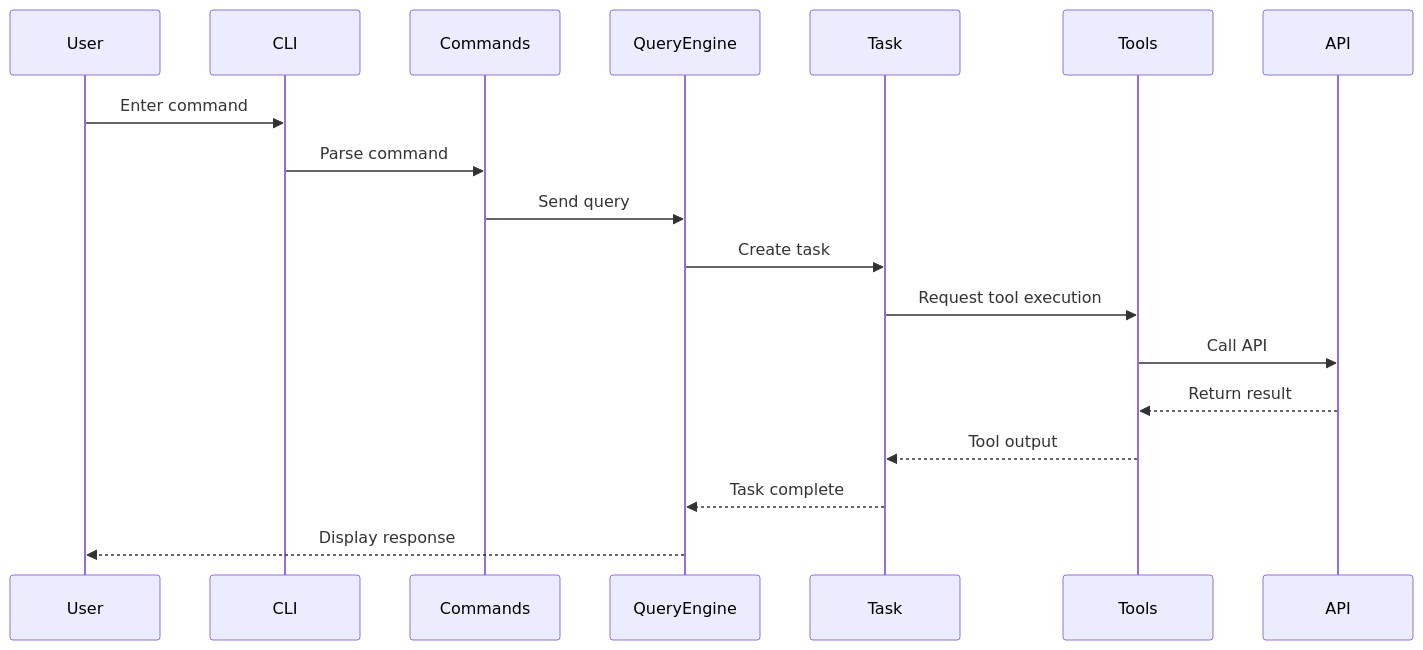
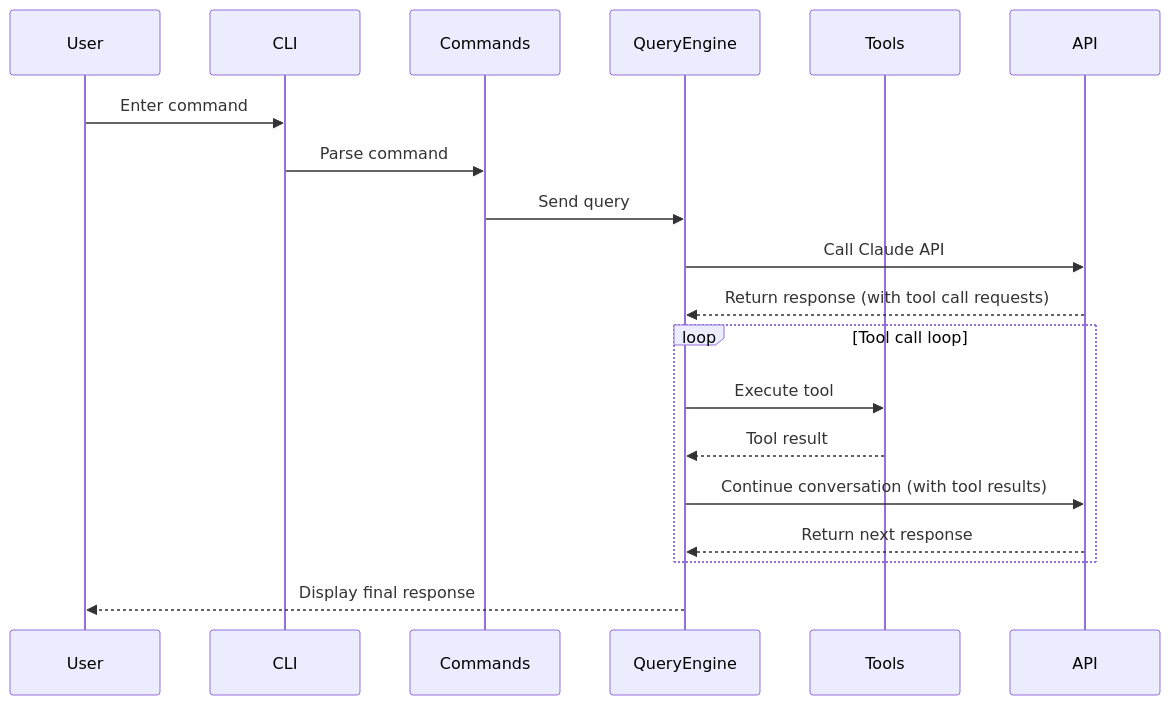
One commit to niuma996/claude-code-sourcemap-wiki changed the third of 4 diagrams in .nium-wiki/wiki_en/architecture.md. Above: the diagram before and after it, drawn with Mermaid. The commit also changed other lines of this file and 1976 other files, not shown here.

````diff
--- a/.nium-wiki/wiki_en/architecture.md
+++ b/.nium-wiki/wiki_en/architecture.md
@@ -158,21 +297,22 @@
 ```mermaid
 sequenceDiagram
     participant User
     participant CLI
     participant Commands
     participant QueryEngine
-    participant Task
     participant Tools
     participant API
 
     User->>CLI: Enter command
     CLI->>Commands: Parse command
     Commands->>QueryEngine: Send query
-    QueryEngine->>Task: Create task
-    Task->>Tools: Request tool execution
-    Tools->>API: Call API
-    API-->>Tools: Return result
-    Tools-->>Task: Tool output
-    Task-->>QueryEngine: Task complete
-    QueryEngine-->>User: Display response
+    QueryEngine->>API: Call Claude API
+    API-->>QueryEngine: Return response (with tool call requests)
+    loop Tool call loop
+        QueryEngine->>Tools: Execute tool
+        Tools-->>QueryEngine: Tool result
+        QueryEngine->>API: Continue conversation (with tool results)
+        API-->>QueryEngine: Return next response
+    end
+    QueryEngine-->>User: Display final response
 ```
````
